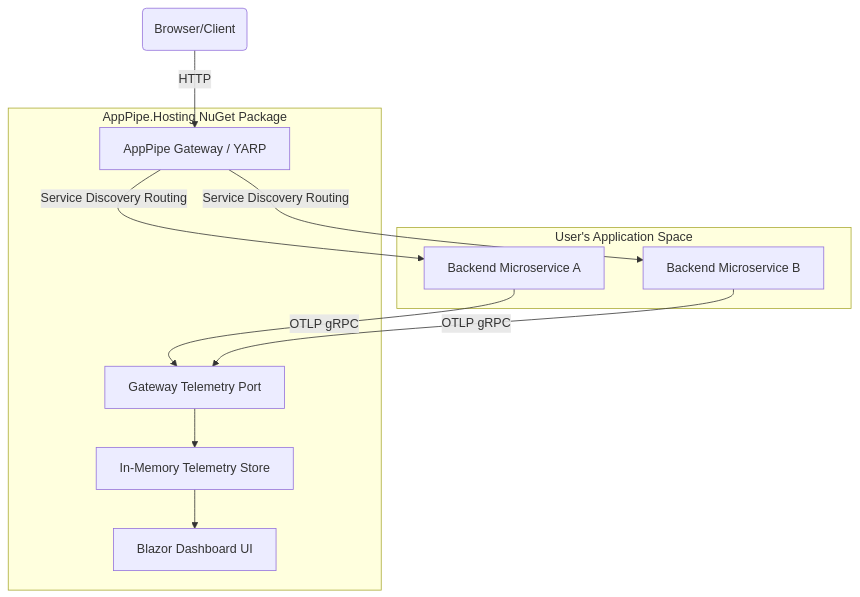
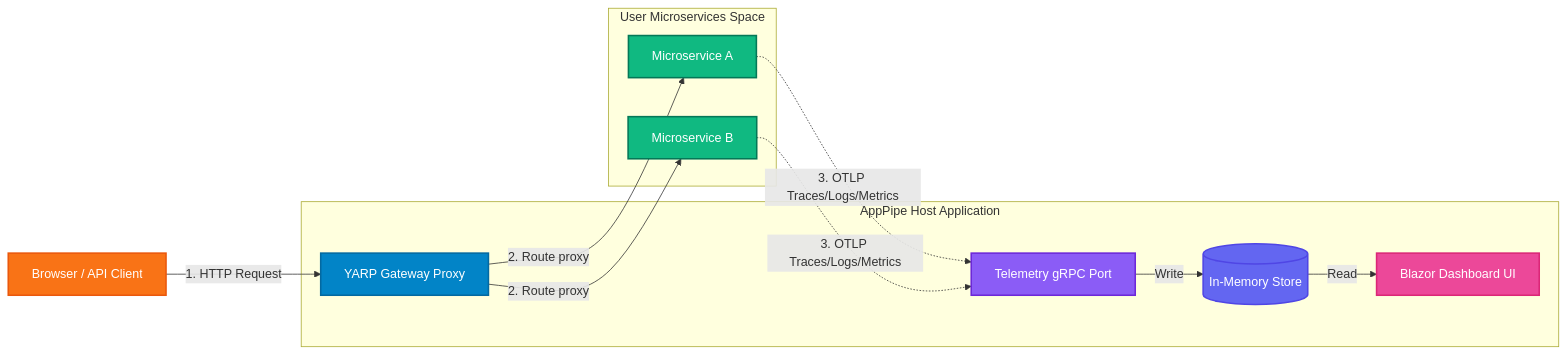
One commit to SitholeWB/AppPipe.Hosting changed the diagram in README.md. Above: the diagram before and after it, drawn with Mermaid. The commit also changed other lines of this file and 2 other files, not shown here.

````diff
--- a/README.md
+++ b/README.md
@@ -40,24 +40,36 @@
 ```mermaid
-graph TD
-    Client(Browser/Client) -->|HTTP| Gateway
+graph LR
+    %% Styles
+    classDef client fill:#f97316,stroke:#ea580c,stroke-width:2px,color:#fff;
+    classDef gateway fill:#0284c7,stroke:#0369a1,stroke-width:2px,color:#fff;
+    classDef service fill:#10b981,stroke:#047857,stroke-width:2px,color:#fff;
+    classDef telemetry fill:#8b5cf6,stroke:#6d28d9,stroke-width:2px,color:#fff;
+    classDef store fill:#6366f1,stroke:#4f46e5,stroke-width:2px,color:#fff;
+    classDef dashboard fill:#ec4899,stroke:#db2777,stroke-width:2px,color:#fff;
 
-    subgraph User's Application Space
-        Backend1[Backend Microservice A]
-        Backend2[Backend Microservice B]
+    Client[Browser / API Client]:::client
+    
+    subgraph AppPipeHost ["AppPipe Host Application"]
+        Gateway[YARP Gateway Proxy]:::gateway
+        TelemetryPort[Telemetry gRPC Port]:::telemetry
+        Store[(In-Memory Store)]:::store
+        Dashboard[Blazor Dashboard UI]:::dashboard
+        
+        TelemetryPort -->|Write| Store
+        Store -->|Read| Dashboard
     end
 
-    subgraph AppPipe.Hosting NuGet Package
-        Gateway[AppPipe Gateway / YARP]
-        TelemetryPort[Gateway Telemetry Port]
-        Store[In-Memory Telemetry Store]
-        Dashboard[Blazor Dashboard UI]
-        
-        TelemetryPort --> Store
-        Store --> Dashboard
+    subgraph Microservices ["User Microservices Space"]
+        ServiceA[Microservice A]:::service
+        ServiceB[Microservice B]:::service
     end
 
-    Gateway -->|Service Discovery Routing| Backend1
-    Gateway -->|Service Discovery Routing| Backend2
-    Backend1 -->|OTLP gRPC| TelemetryPort
-    Backend2 -->|OTLP gRPC| TelemetryPort
+    %% Request Routing Flow
+    Client -->|1. HTTP Request| Gateway
+    Gateway -->|2. Route proxy| ServiceA
+    Gateway -->|2. Route proxy| ServiceB
+
+    %% Telemetry Flow
+    ServiceA -.->|3. OTLP Traces/Logs/Metrics| TelemetryPort
+    ServiceB -.->|3. OTLP Traces/Logs/Metrics| TelemetryPort
 ```
````
